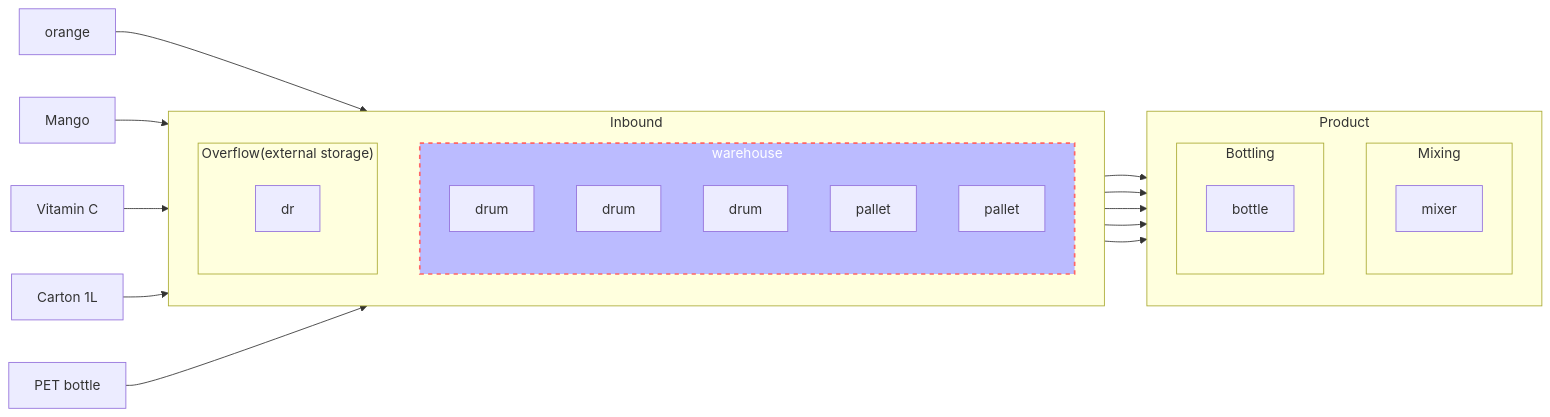
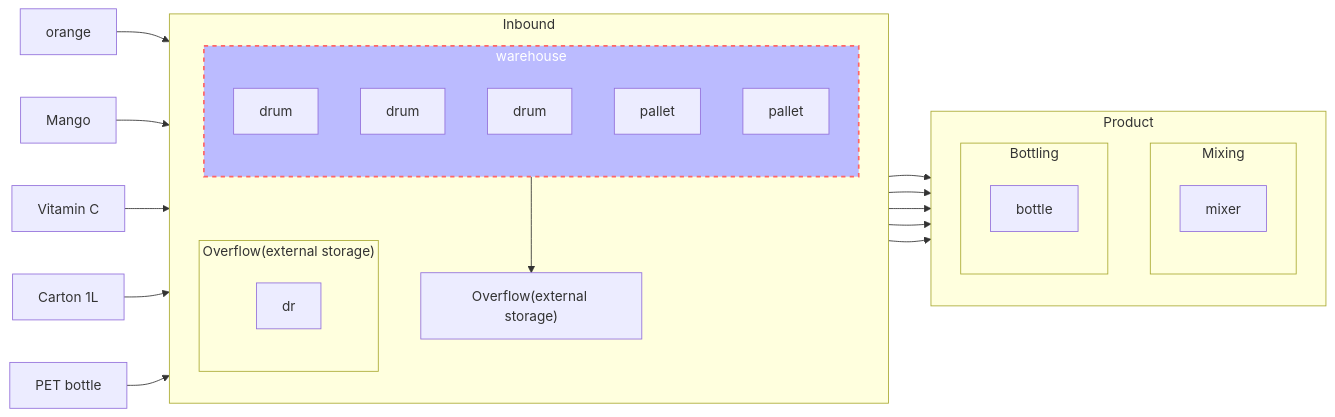
Before and after one commit to moonIsMyFriend/basicConcept.github.io: the second of 2 diagrams in _posts/2024-05-01-TFC-round-3.md, drawn with Mermaid.

Commit message:
tfc3tfc3

```diff
--- a/_posts/2024-05-01-TFC-round-3.md
+++ b/_posts/2024-05-01-TFC-round-3.md
@@ -22,49 +22,50 @@
  <pre class="mermaid">
     flowchart LR
       subgraph Inbound
         direction TB
         subgraph iw[warehouse]
           direction TB
           i[drum]
           i2[drum]
           i3[drum3]
           i4[pallet]
           i5[pallet]
         end
         
         subgraph "Overflow(external storage)"
           direction TB
           dr
 
         end
+        iw[warehouse] --> ex1["Overflow(external storage)"]
       end
 
       orange --> i[drum] --> m[mixer]
       Mango --> i2[drum] --> m[mixer]
       vc[Vitamin C] -->  i3[drum] --> m[mixer]
       cl[Carton 1L] --> i4[pallet] --> b[bottle]
       pb[PET bottle] --> i5[pallet] --> b[bottle]
 
       subgraph Product
         direction TB
         subgraph mb[Mixing]
           direction TB
           m[mixer]
         end
 
         subgraph bb[Bottling]
           direction TB
           b[bottle]
         end
       end
 
 
       %%i4[pallet] --> m[mixer]
       %%i5[pallet] --> b[bottle]
 
 
       style iw fill:#bbf,stroke:#f66,stroke-width:2px,color:#fff,stroke-dasharray: 5 5
 
 
 
 </pre>
```
